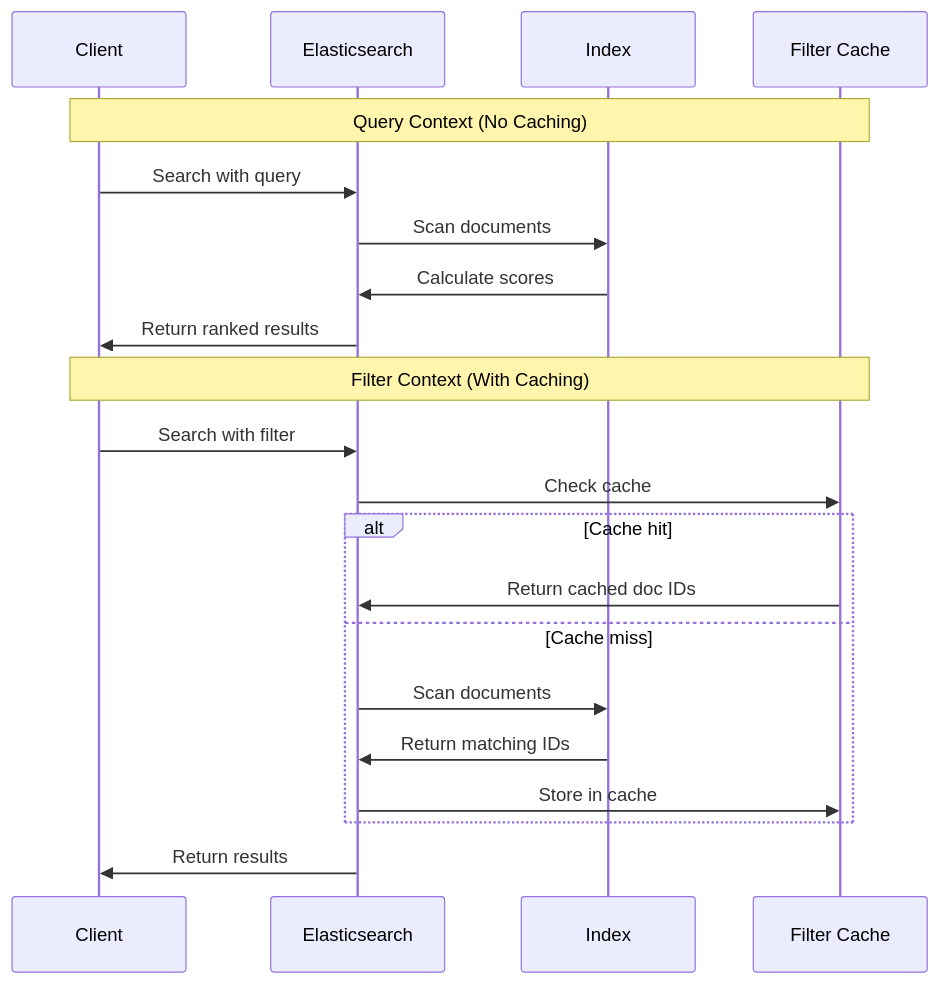
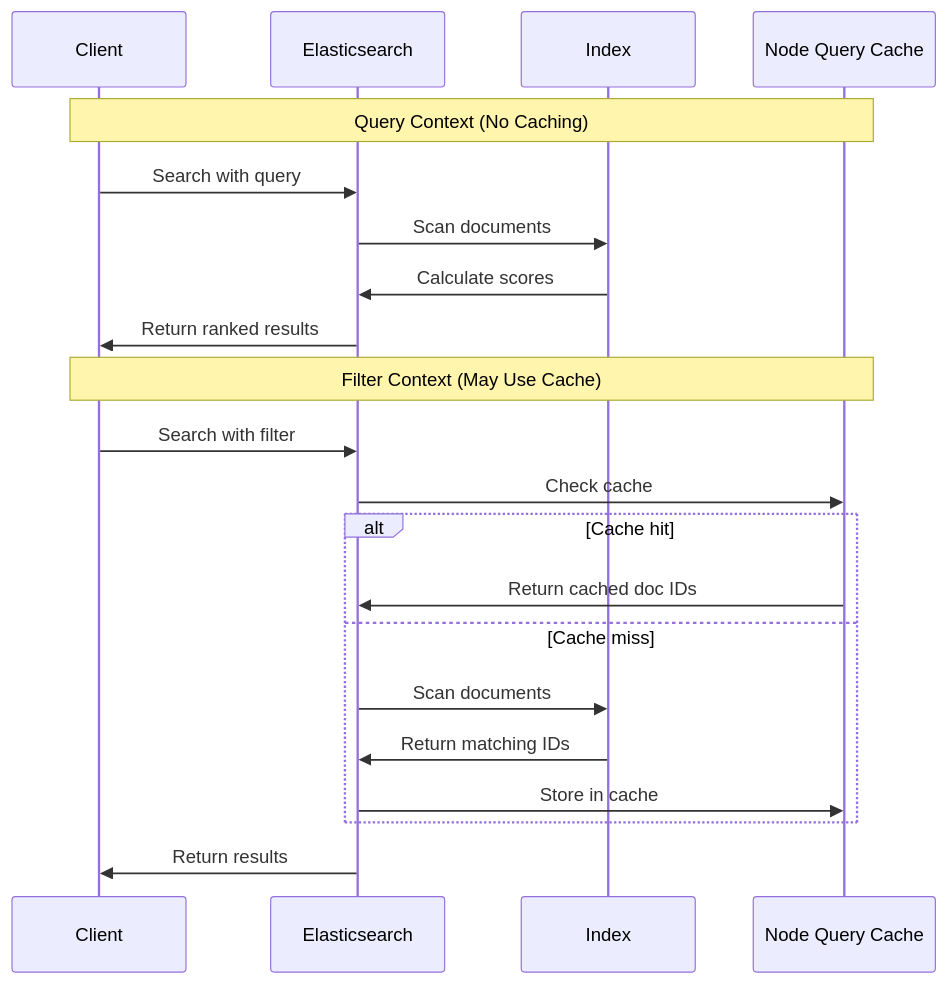
Before and after one commit to OneUptime/blog: the second of 2 diagrams in posts/2025-12-19-elasticsearch-queries-vs-filters/README.md, drawn with Mermaid. The commit also changed other lines of this file and 2 other files, not shown here.

````diff
--- a/posts/2025-12-19-elasticsearch-queries-vs-filters/README.md
+++ b/posts/2025-12-19-elasticsearch-queries-vs-filters/README.md
@@ -120,25 +120,25 @@
 ```mermaid
 sequenceDiagram
     participant C as Client
     participant E as Elasticsearch
     participant I as Index
-    participant Cache as Filter Cache
+    participant Cache as Node Query Cache
 
     Note over C,Cache: Query Context (No Caching)
     C->>E: Search with query
     E->>I: Scan documents
     I->>E: Calculate scores
     E->>C: Return ranked results
 
-    Note over C,Cache: Filter Context (With Caching)
+    Note over C,Cache: Filter Context (May Use Cache)
     C->>E: Search with filter
     E->>Cache: Check cache
     alt Cache hit
         Cache->>E: Return cached doc IDs
     else Cache miss
         E->>I: Scan documents
         I->>E: Return matching IDs
         E->>Cache: Store in cache
     end
     E->>C: Return results
 ```
````
